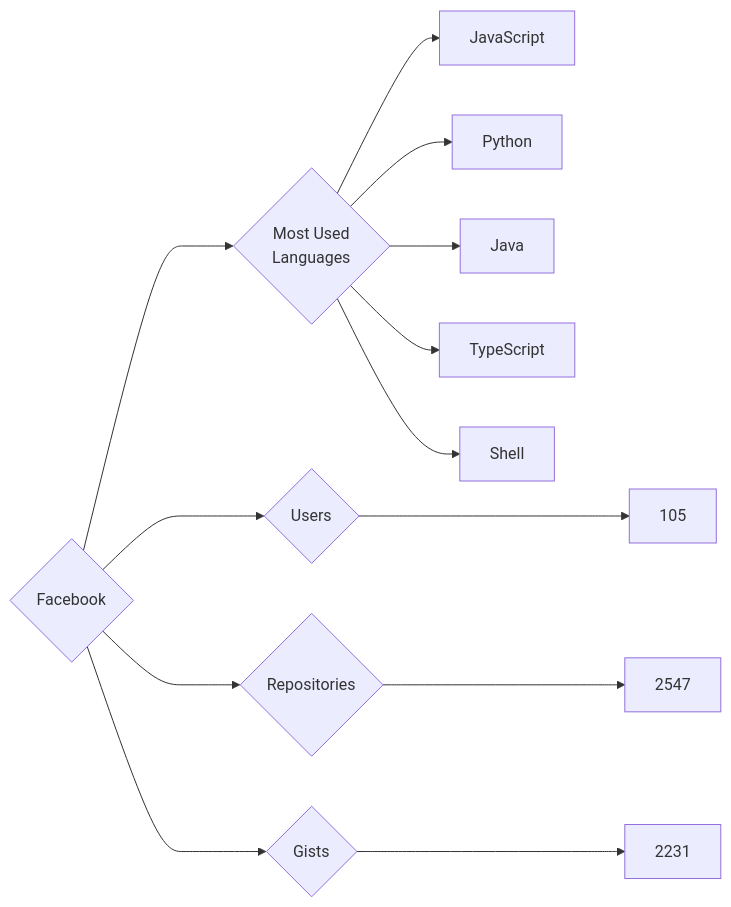
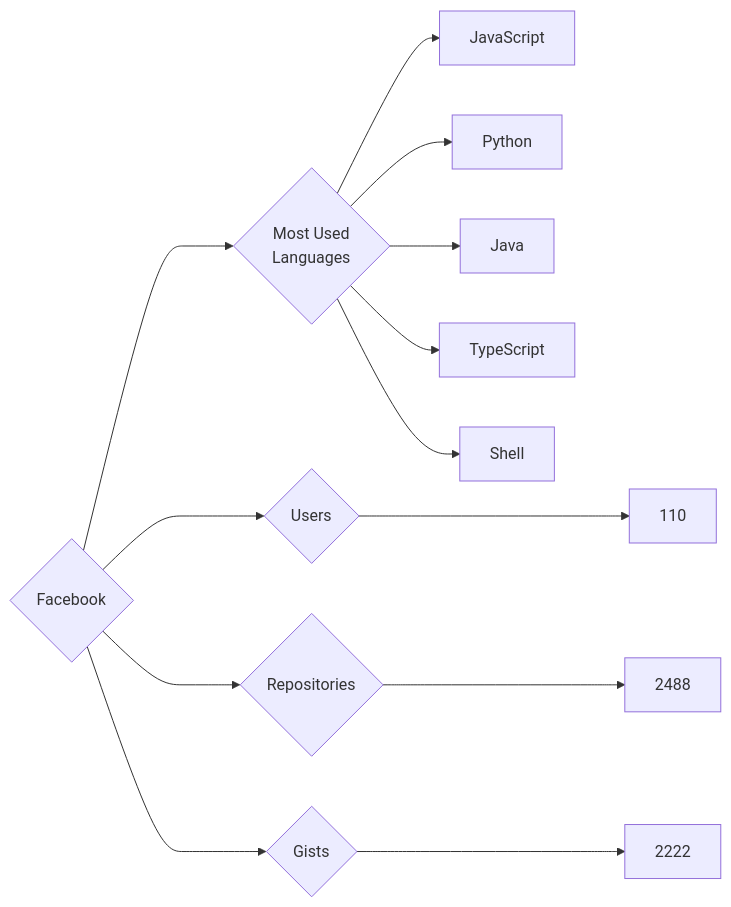
Before and after one commit to trickest/insiders: the diagram in targets/Facebook/README.md, drawn with Mermaid. The commit also changed 718 other files, not shown here.

````diff
--- a/targets/Facebook/README.md
+++ b/targets/Facebook/README.md
@@ -3,13 +3,13 @@
 ```mermaid
 graph LR
 COMPANY_NAME{Facebook}
-COMPANY_NAME ---> U{Users} ---> UN[105]
-COMPANY_NAME ---> R{Repositories} ---> RN[2547]
-COMPANY_NAME ---> G{Gists} ---> GN[2231]
+COMPANY_NAME ---> U{Users} ---> UN[110]
+COMPANY_NAME ---> R{Repositories} ---> RN[2488]
+COMPANY_NAME ---> G{Gists} ---> GN[2222]
 COMPANY_NAME ---> ML{Most Used<br>Languages}
 ML --> JavaScript[JavaScript]
 ML --> Python[Python]
 ML --> Java[Java]
 ML --> TypeScript[TypeScript]
 ML --> Shell[Shell]
 ```
````
